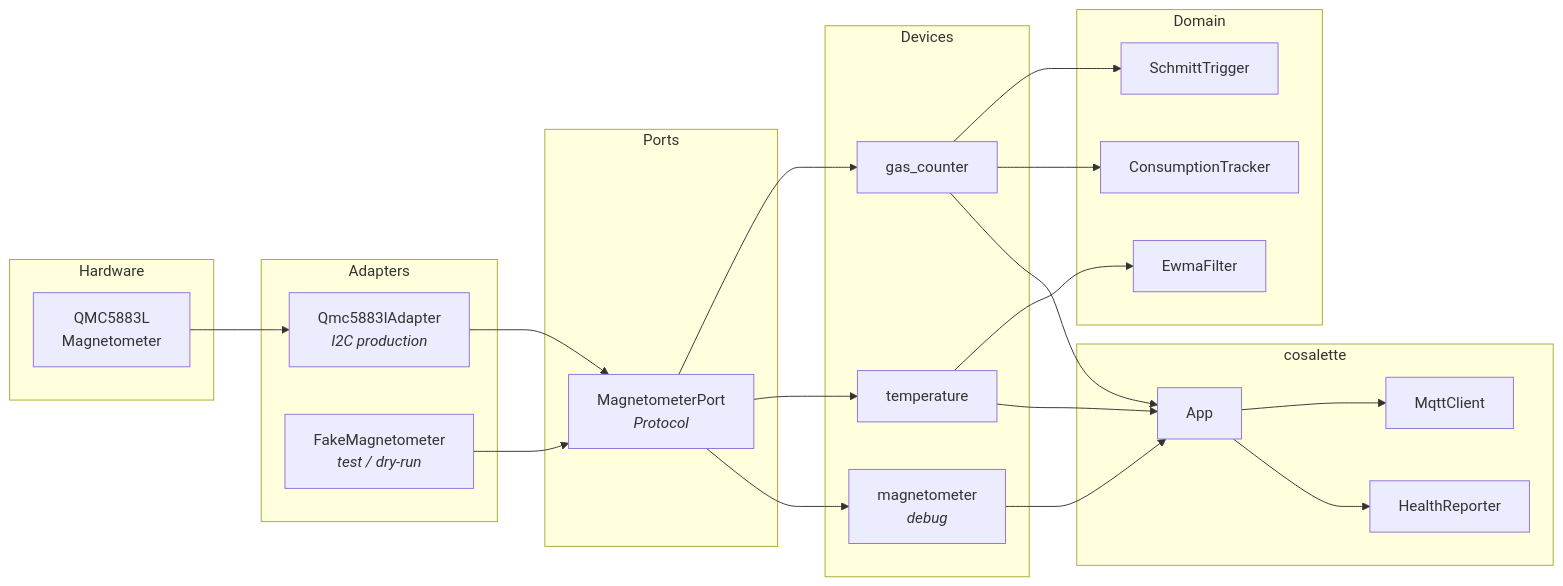
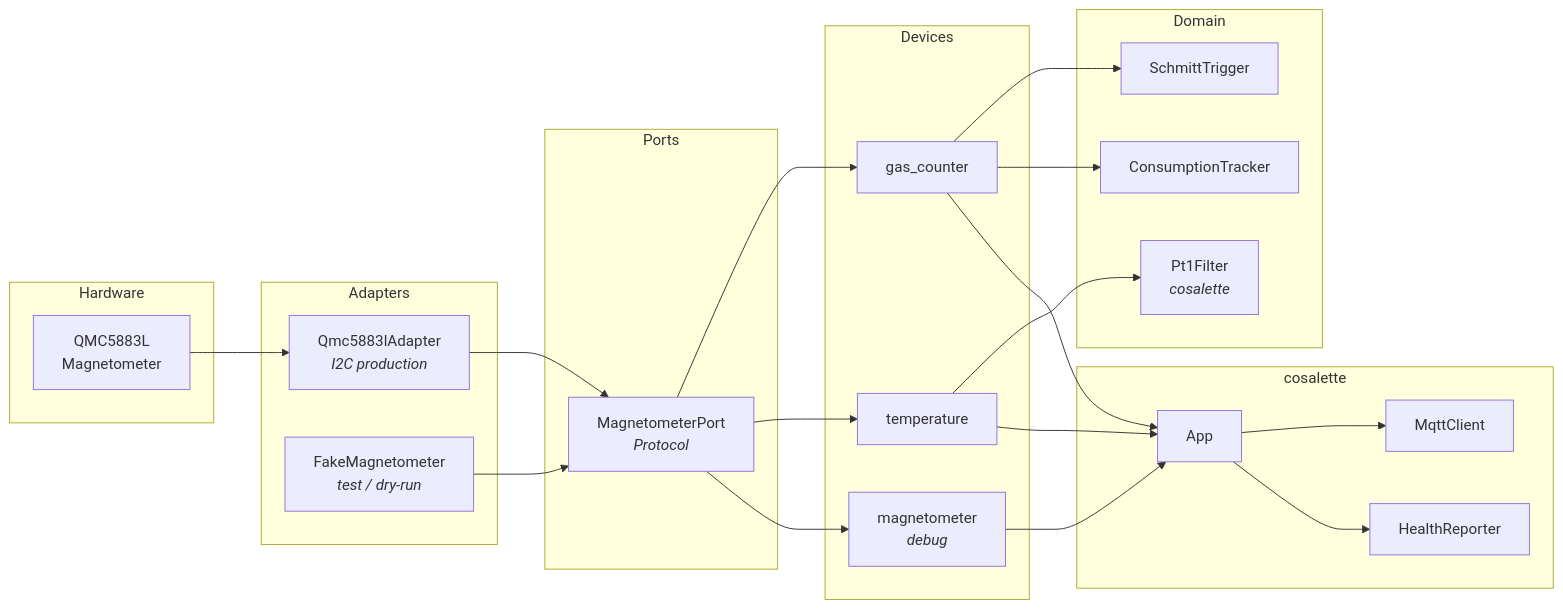
Before and after one commit to ff-fab/cosalette-apps: the first of 2 diagrams in apps/gas2mqtt/docs/architecture.md, drawn with Mermaid. The commit also changed other lines of this file and 23 other files, not shown here.

First line of the commit message:
feat: adopt cosalette 0.1.4 — PT1 filter, init=, eager settings (#8)

````diff
--- a/apps/gas2mqtt/docs/architecture.md
+++ b/apps/gas2mqtt/docs/architecture.md
@@ -12,48 +12,48 @@
 ```mermaid
 graph LR
     subgraph Hardware
         QMC[QMC5883L<br>Magnetometer]
     end
 
     subgraph Adapters
         I2C[Qmc5883lAdapter<br><i>I2C production</i>]
         FAKE[FakeMagnetometer<br><i>test / dry-run</i>]
     end
 
     subgraph Ports
         MP[MagnetometerPort<br><i>Protocol</i>]
     end
 
     subgraph Domain
         ST[SchmittTrigger]
-        EWMA[EwmaFilter]
+        PT1[Pt1Filter<br><i>cosalette</i>]
         CT[ConsumptionTracker]
     end
 
     subgraph Devices
         GC[gas_counter]
         TMP[temperature]
         MAG[magnetometer<br><i>debug</i>]
     end
 
     subgraph cosalette
         APP[App]
         MQTT[MqttClient]
         HR[HealthReporter]
     end
 
     QMC --> I2C
     I2C --> MP
     FAKE --> MP
     MP --> GC
     MP --> TMP
     MP --> MAG
     GC --> ST
     GC --> CT
-    TMP --> EWMA
+    TMP --> PT1
     GC --> APP
     TMP --> APP
     MAG --> APP
     APP --> MQTT
     APP --> HR
 ```
````
